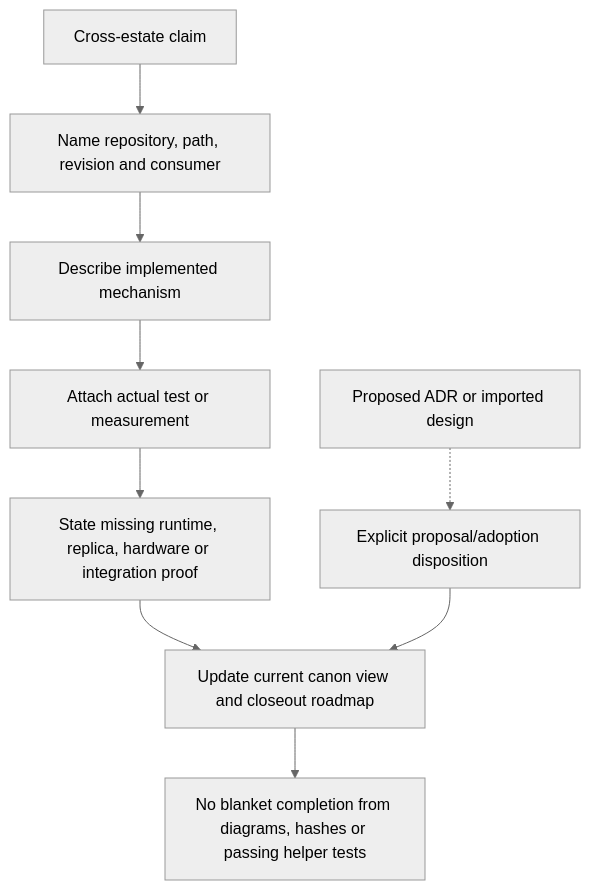
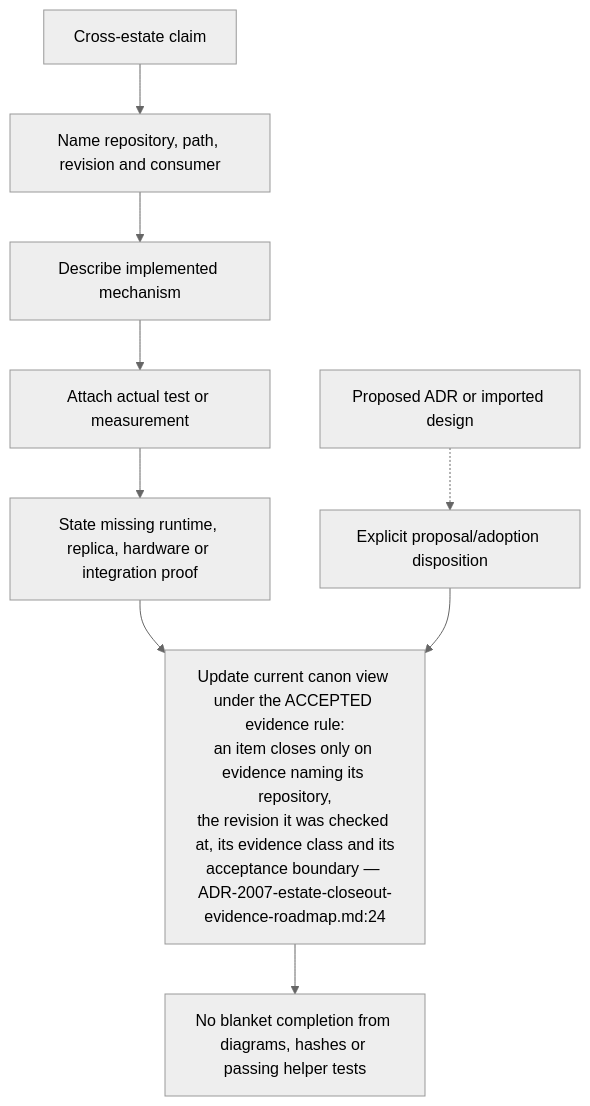
One commit to DreamLab-AI/VisionFlow changed the sixth of 6 diagrams in docs/diagrams/visionflow/08-compatibility-and-dependency-direction.md. Above: the diagram before and after it, drawn with Mermaid (neutral theme). The commit also changed other lines of this file and 21 other files, not shown here.

Commit message:
docs(diagrams): refresh first verified estate batch

````diff
--- a/docs/diagrams/visionflow/08-compatibility-and-dependency-direction.md
+++ b/docs/diagrams/visionflow/08-compatibility-and-dependency-direction.md
@@ -132,11 +132,11 @@
 ```mermaid
 flowchart TB
     CLAIM["Cross-estate claim"] --> ID["Name repository, path, revision and consumer"]
     ID --> SOURCE["Describe implemented mechanism"]
     SOURCE --> TEST["Attach actual test or measurement"]
     TEST --> LIMIT["State missing runtime, replica, hardware or integration proof"]
-    LIMIT --> VIEW["Update current canon view and closeout roadmap"]
+    LIMIT --> VIEW["Update current canon view under the ACCEPTED evidence rule:<br/>an item closes only on evidence naming its repository,<br/>the revision it was checked at, its evidence class and its<br/>acceptance boundary — ADR-2007-estate-closeout-evidence-roadmap.md:24"]
     PROPOSAL["Proposed ADR or imported design"] -.-> SCOPE["Explicit proposal/adoption disposition"]
     SCOPE --> VIEW
     VIEW --> BOUNDARY["No blanket completion from diagrams, hashes or passing helper tests"]
 ```
````
